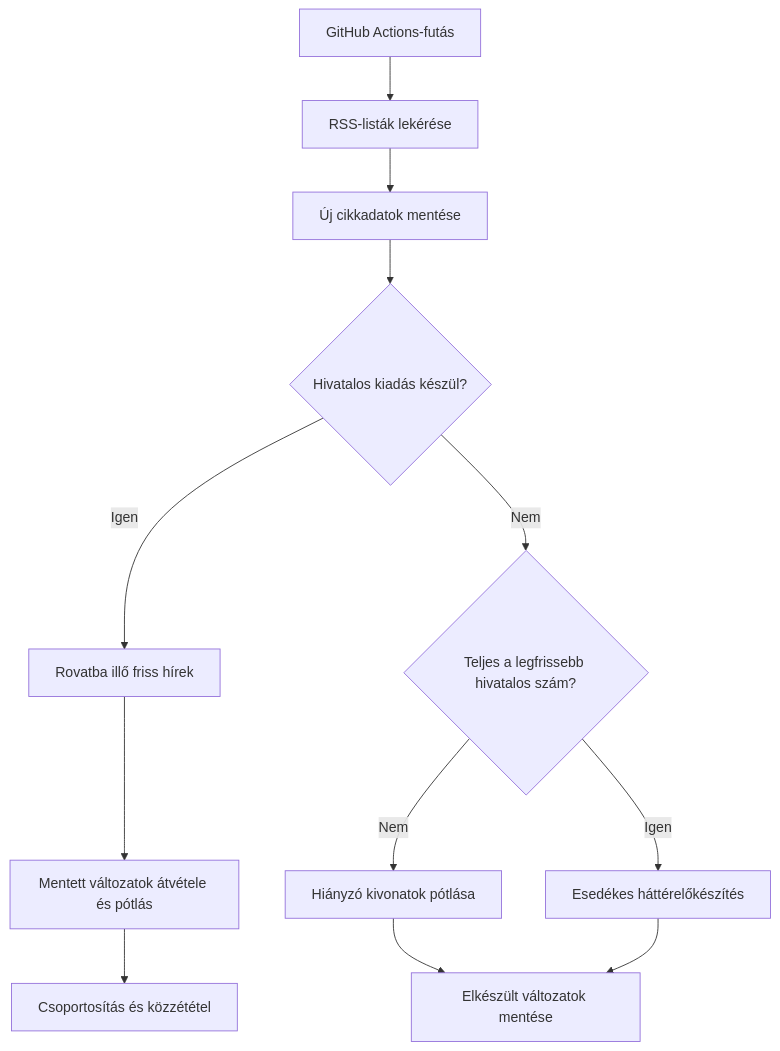
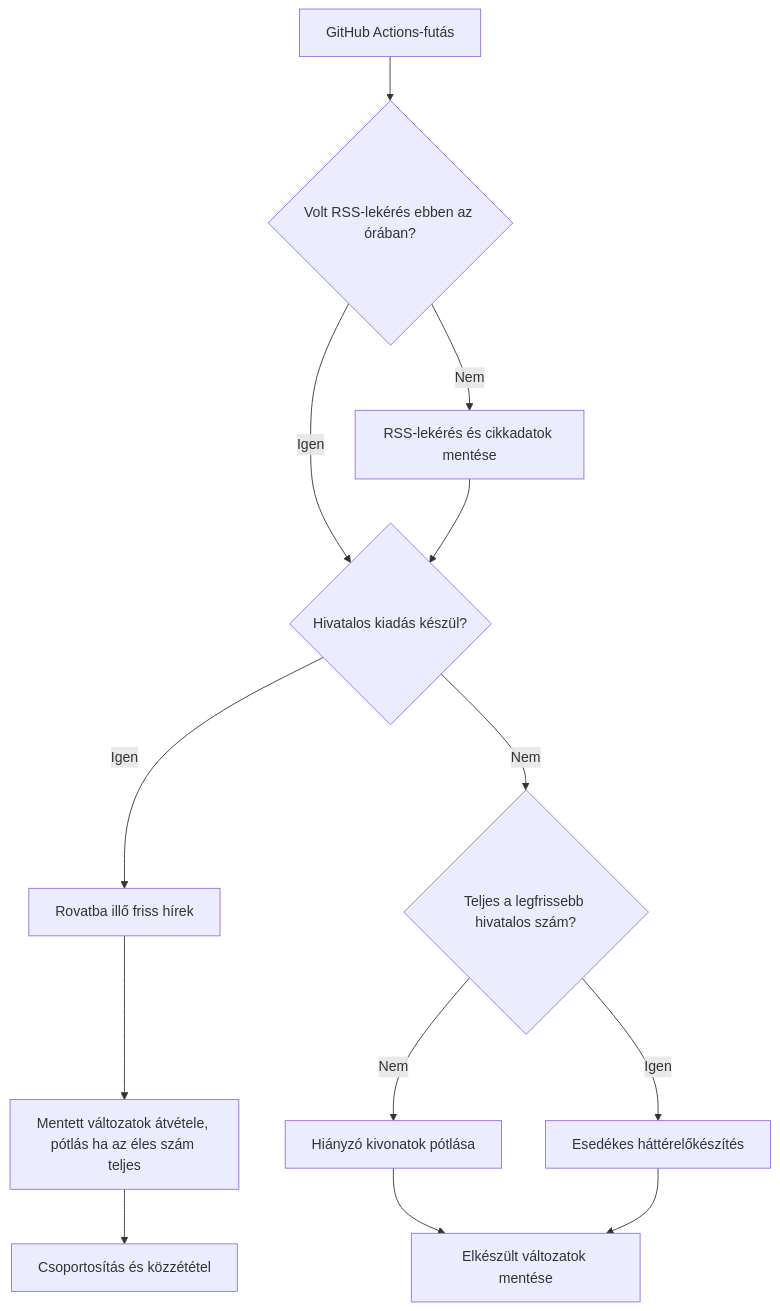
Before and after one commit to ngynrbrt-prog/nanonews: the second of 6 diagrams in Dokumentumok/NANONews-mukodesi-leiras.md, drawn with Mermaid. The commit also changed other lines of this file and 3 other files, not shown here.

Commit message:
Collect RSS hourly and prioritize live edition styles

````diff
--- a/Dokumentumok/NANONews-mukodesi-leiras.md
+++ b/Dokumentumok/NANONews-mukodesi-leiras.md
@@ -130,14 +131,15 @@
 ```mermaid
 flowchart TD
-  run["GitHub Actions-futás"] --> rss["RSS-listák lekérése"]
-  rss --> inbox["Új cikkadatok mentése"]
-  inbox --> issue{"Hivatalos kiadás készül?"}
+  run["GitHub Actions-futás"] --> hourly{"Volt RSS-lekérés ebben az órában?"}
+  hourly -->|Nem| rss["RSS-lekérés és cikkadatok mentése"]
+  hourly -->|Igen| issue
+  rss --> issue{"Hivatalos kiadás készül?"}
   issue -->|Igen| select["Rovatba illő friss hírek"]
-  select --> reuse["Mentett változatok átvétele és pótlás"]
+  select --> reuse["Mentett változatok átvétele, pótlás ha az éles szám teljes"]
   reuse --> group["Csoportosítás és közzététel"]
   issue -->|Nem| complete{"Teljes a legfrissebb hivatalos szám?"}
   complete -->|Nem| backfill["Hiányzó kivonatok pótlása"]
   complete -->|Igen| prepare["Esedékes háttérelőkészítés"]
   backfill --> save["Elkészült változatok mentése"]
   prepare --> save
 ```
````
